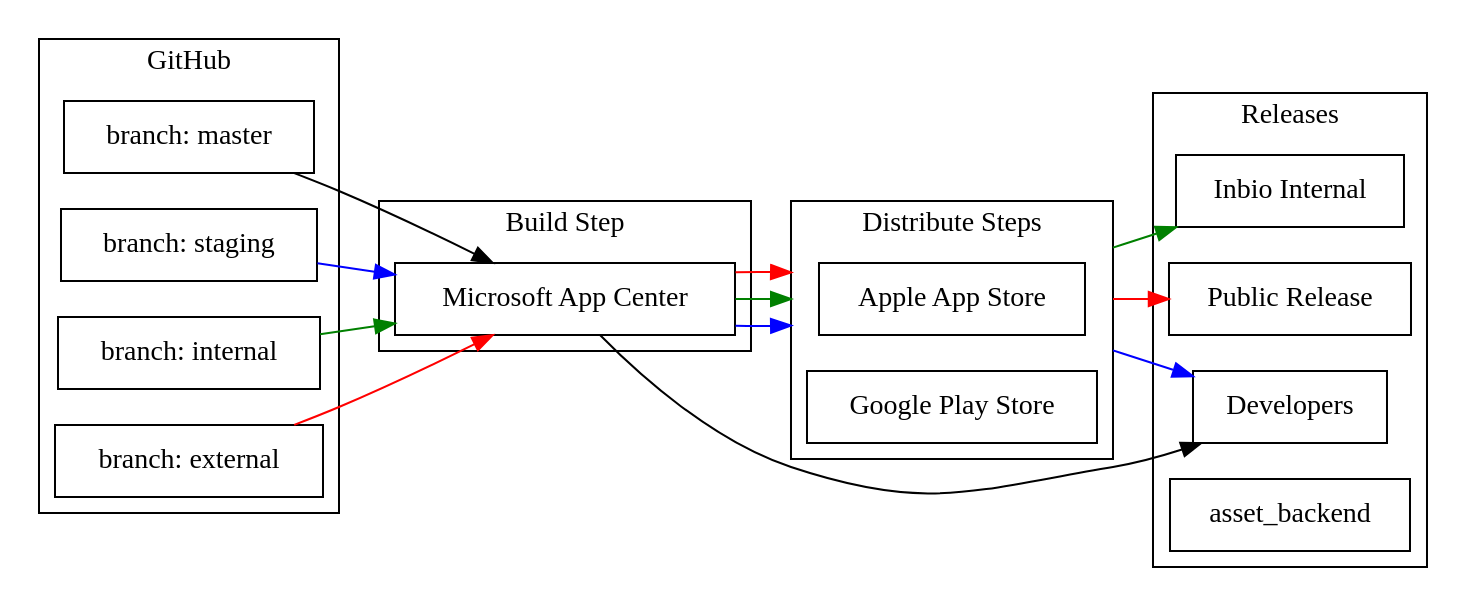
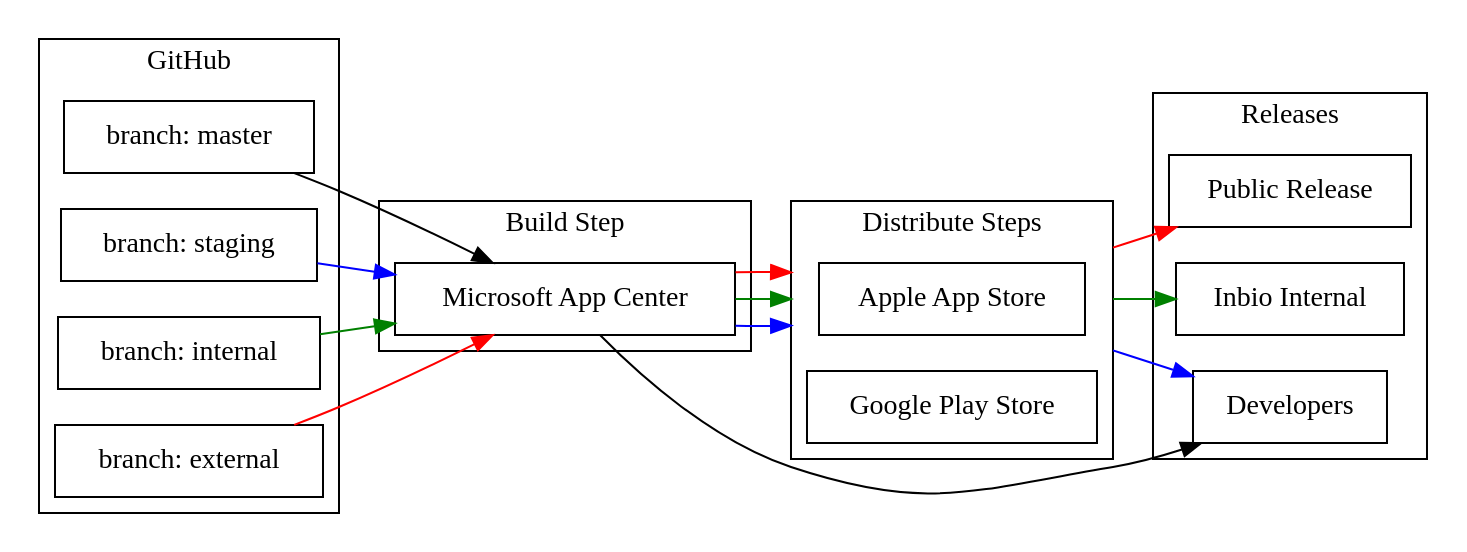
One commit to ninjha01/Mast changed the diagram in presentation/architecture.dot. Above: the diagram before and after it, drawn with Graphviz. The commit also changed 1 other file, not shown here.

Commit message:
architecture diagrams cleanup

```diff
--- a/presentation/architecture.dot
+++ b/presentation/architecture.dot
@@ -1,64 +1,64 @@
 digraph mast_architecture {
 	rankdir=LR
 	compound=true
 	
 	node[shape=box fillcolor="white" Style="Filled" Fontcolor="black"]
 
 	// Repo
 	master[label="branch: master"]
 	staging[label="branch: staging"]
 	internal[label="branch: internal"]
 	external[label="branch: external"]
 
 	// Build Step
 	build_app[label="Microsoft App Center"]
 
 	// Distribute Step
 	ios_store[label="Apple App Store"]
 	android_store[label="Google Play Store"]
 
 	// Releases
 	dev_users[label="Developers"]
 	internal_users[label="Inbio Internal"]
 	external_users[label="Public Release"]
 
 	
 	subgraph cluster_git_repo {
 		{rank=same master staging internal external}
 		label="GitHub"
 	}
 
 	subgraph cluster_build_steps {
 		label="Build Step"
 		build_app
 	}
 
 	subgraph cluster_distribute_steps {
 		label="Distribute Steps"
 		ios_store android_store
 	}
 
 	subgraph cluster_releases {
-		{rank=same dev_users internal_users external_users asset_backend}
+		{rank=same dev_users internal_users external_users}
 		label="Releases"
 	}
 
 	//Master path
 	master -> build_app 
 	build_app -> dev_users
 
 	//Staging path
 	staging -> build_app [color="blue"]
 	build_app -> ios_store [color="blue" lhead=cluster_distribute_steps weight=10]
 	ios_store -> dev_users [color="blue" ltail=cluster_distribute_steps weight=10]
 
 	//Internal path
 	internal -> build_app [color="green"]
 	build_app -> ios_store [color="green" lhead=cluster_distribute_steps weight=10]
 	ios_store -> internal_users [color="green" ltail=cluster_distribute_steps weight=10]
 
 	//External path
 	external -> build_app [color="red"]
 	build_app -> ios_store [color="red" lhead=cluster_distribute_steps weight=10]
 	ios_store -> external_users [color="red" ltail=cluster_distribute_steps weight=10]
 }
```
